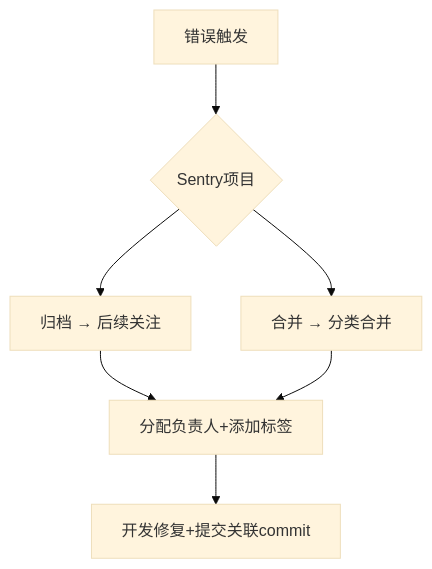
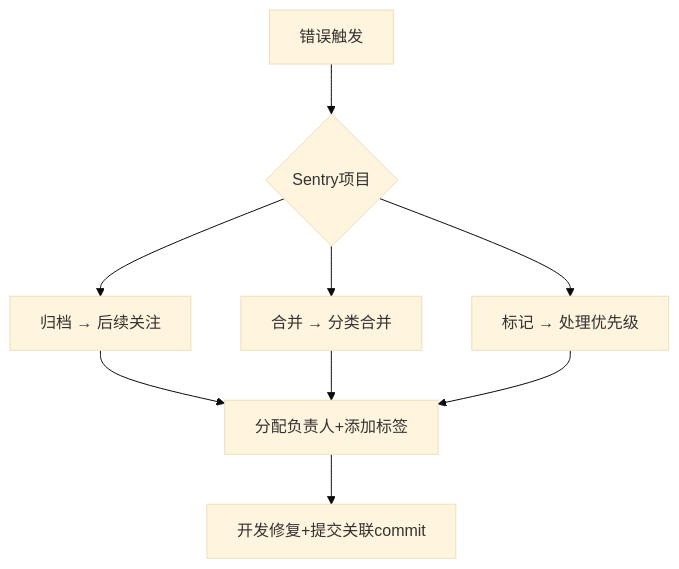
One commit to HawkeW/sentry_dev changed the fifth of 7 diagrams in slides.md. Above: the diagram before and after it, drawn with Mermaid (base theme). The commit also changed other lines of this file and 6 other files, not shown here.

````diff
--- a/slides.md
+++ b/slides.md
@@ -400,9 +424,11 @@
 ```mermaid {theme: 'neutral', scale: 0.6}
 graph TD
     A[错误触发] --> B{Sentry项目}
     B --> C1[归档 → 后续关注]
     B --> C2[合并 → 分类合并]
+    B --> C3[标记 → 处理优先级]
     C1 --> D[分配负责人+添加标签]
     C2 --> D
+    C3 --> D
     D --> E[开发修复+提交关联commit]
 ```
````
